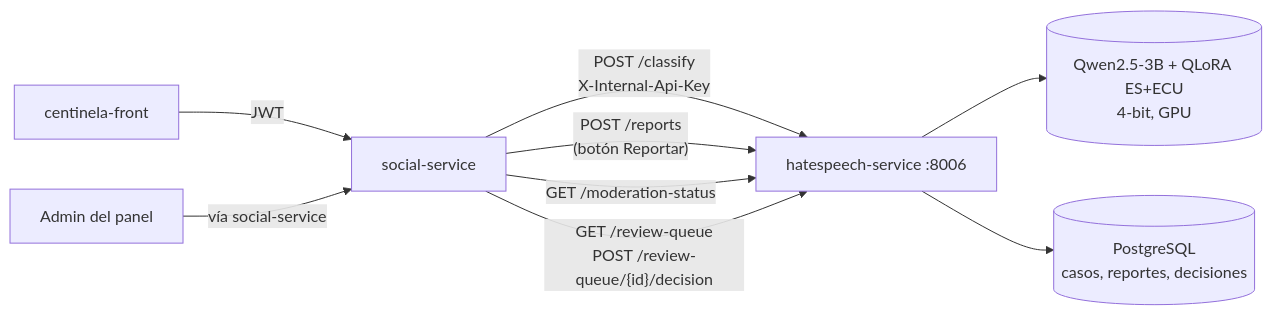
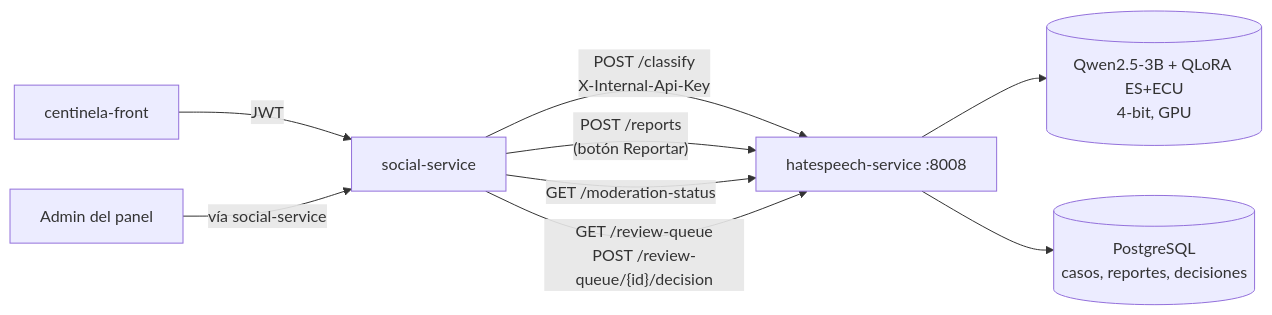
Before and after one commit to PlataformaIntegradaInvestigadores/hatespeech-service: the first of 2 diagrams in README.md, drawn with Mermaid. The commit also changed other lines of this file and 9 other files, not shown here.

````diff
--- a/README.md
+++ b/README.md
@@ -23,11 +23,11 @@
 ```mermaid
 flowchart LR
     FE[centinela-front] -->|JWT| SOC[social-service]
-    SOC -->|"POST /classify<br/>X-Internal-Api-Key"| HS[hatespeech-service :8006]
+    SOC -->|"POST /classify<br/>X-Internal-Api-Key"| HS[hatespeech-service :8008]
     SOC -->|"POST /reports<br/>(botón Reportar)"| HS
     SOC -->|"GET /moderation-status"| HS
     MOD[Admin del panel] -->|vía social-service| SOC
     SOC -->|"GET /review-queue<br/>POST /review-queue/{id}/decision"| HS
     HS --> M[(Qwen2.5-3B + QLoRA ES+ECU<br/>4-bit, GPU)]
     HS --> DB[(PostgreSQL<br/>casos, reportes, decisiones)]
 ```
````
